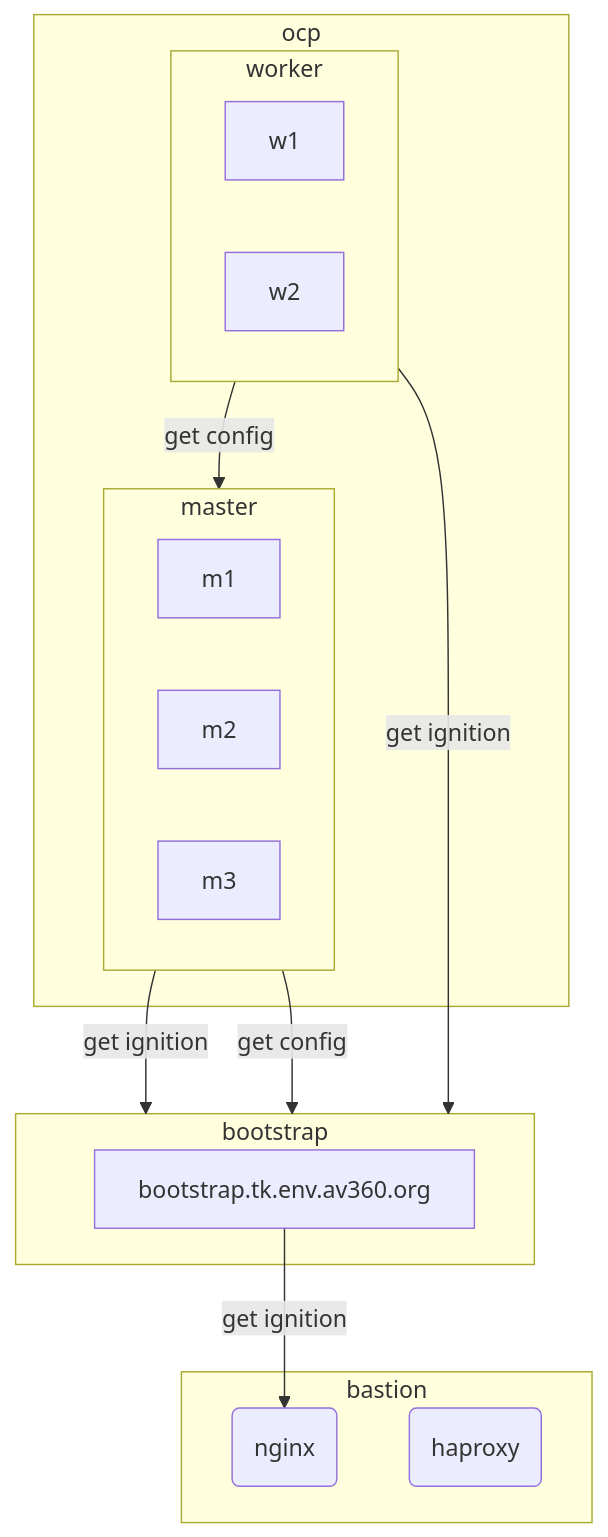
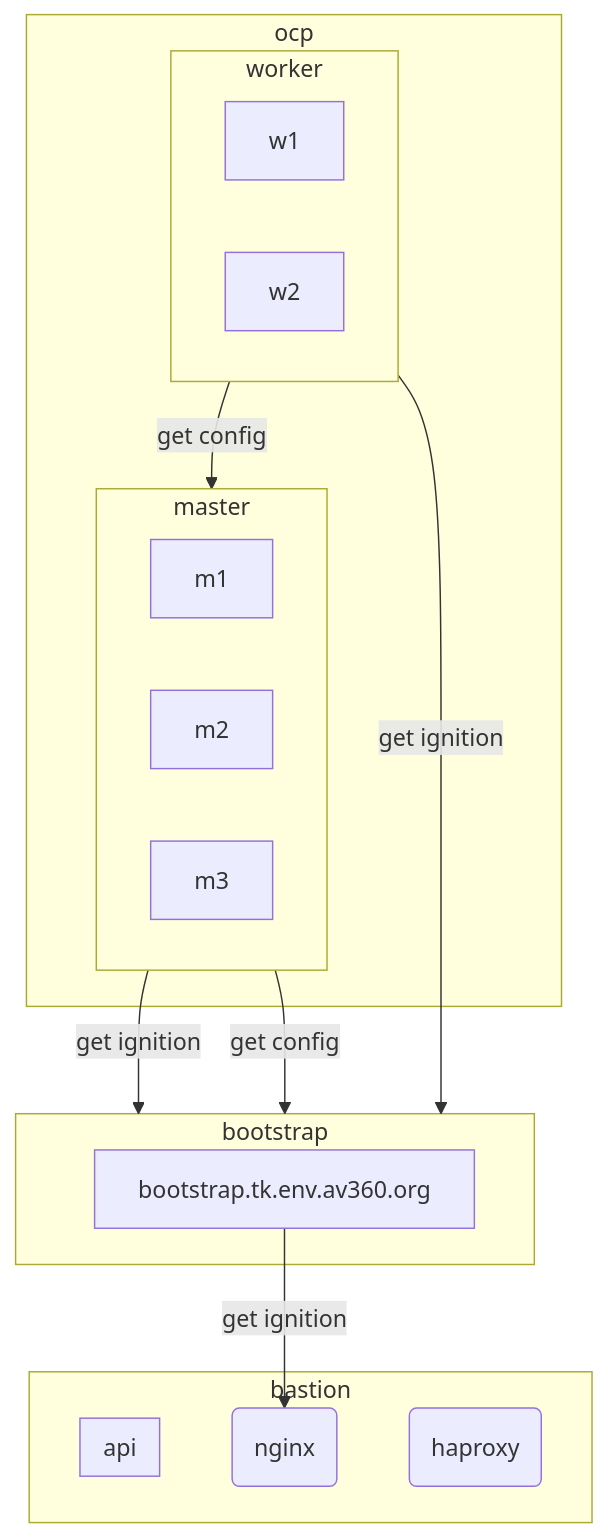
Before and after one commit to tkops/ocp4: the diagram in README.md, drawn with Mermaid.

````diff
--- a/README.md
+++ b/README.md
@@ -3,25 +3,27 @@
 ```mermaid
 flowchart TD
     subgraph ocp
        subgraph master
            m1;m2;m3
         end
         subgraph worker
           w1;w2
         end
     end
     subgraph bootstrap
       b1[bootstrap.tk.env.av360.org]
     end
     subgraph bastion
       n1(nginx)
       n2(haproxy)
+      subgraph api
+      end
     end
     b1 --get ignition--> n1
     master --get ignition--> bootstrap
     master --get config--> bootstrap
     worker --get ignition--> bootstrap
     worker --get config--> master
 
     
 ```
````
